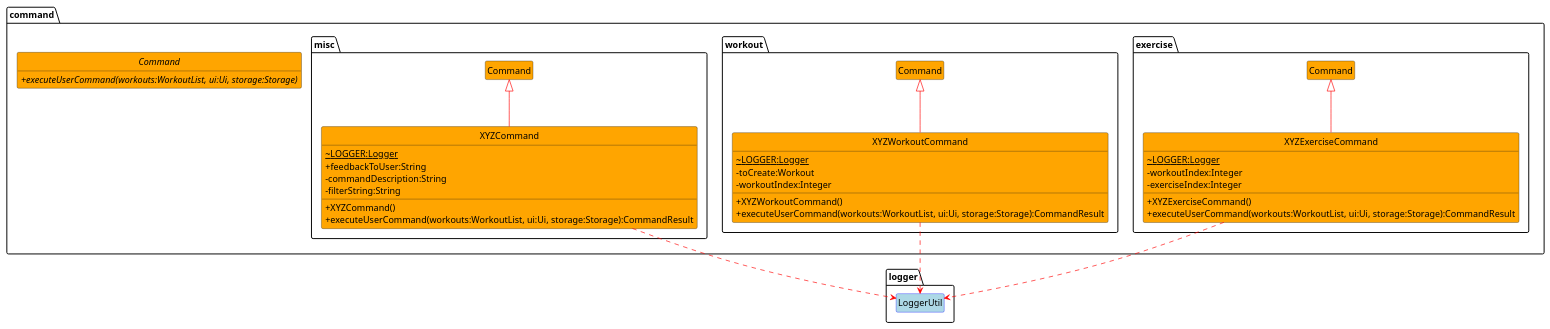
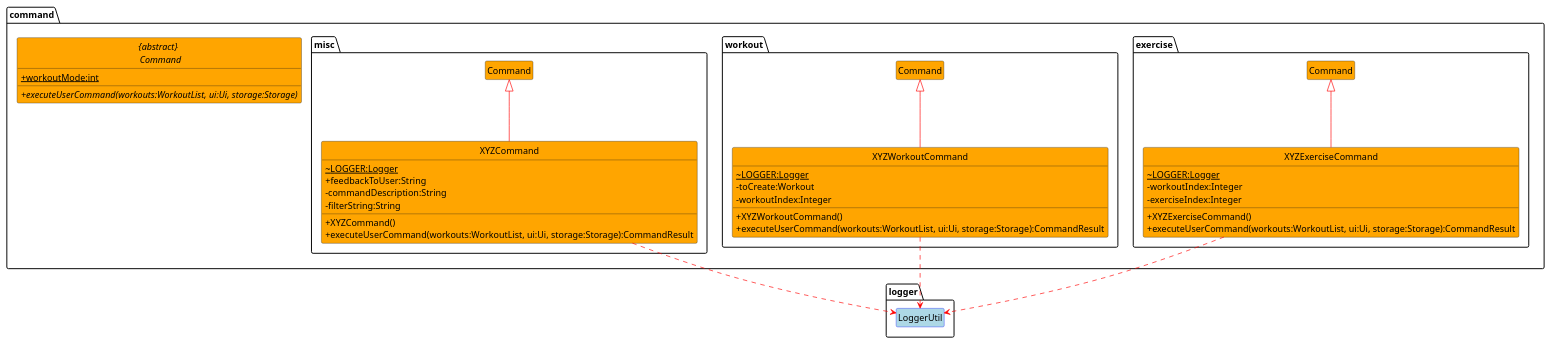
One commit to nus-cs2113-AY2122S1/tp changed the diagram in docs/umldg/Command.puml. Above: the diagram before and after it, drawn with PlantUML. The commit also changed 8 other files, not shown here.

```diff
--- a/docs/umldg/Command.puml
+++ b/docs/umldg/Command.puml
@@ -1,54 +1,55 @@
 @startuml
 skinparam classAttributeIconSize 0
 skinparam stereotypeBackgroundColor White
 hide circle
 hide empty members
 skinparam class {
 BackgroundColor Orange
 ArrowColor Red
 }
 together {
 package "command" {
-abstract Command {
+abstract "{abstract} \n Command" as Command {
++{static} workoutMode:int
 +executeUserCommand(workouts:WorkoutList, ui:Ui, storage:Storage) {abstract}
 }
 package "exercise" {
 class XYZExerciseCommand extends Command {
 ~LOGGER:Logger {static}
 -workoutIndex:Integer
 -exerciseIndex:Integer
 +XYZExerciseCommand()
 +executeUserCommand(workouts:WorkoutList, ui:Ui, storage:Storage):CommandResult
 }
 }
 package "workout" {
 class XYZWorkoutCommand extends Command {
 ~LOGGER:Logger {static}
 -toCreate:Workout
 -workoutIndex:Integer
 +XYZWorkoutCommand()
 +executeUserCommand(workouts:WorkoutList, ui:Ui, storage:Storage):CommandResult
 }
 }
 package "misc" {
 class XYZCommand extends Command {
 ~LOGGER:Logger {static}
 + feedbackToUser:String
 - commandDescription:String
 - filterString:String
 +XYZCommand()
 +executeUserCommand(workouts:WorkoutList, ui:Ui, storage:Storage):CommandResult
 }
 }
 }
 
 package "logger" {
 class LoggerUtil #LightBlue##Blue
 }
 
 XYZCommand..>LoggerUtil
 XYZExerciseCommand..>LoggerUtil
 XYZWorkoutCommand..>LoggerUtil
 }
 
 @enduml
```
